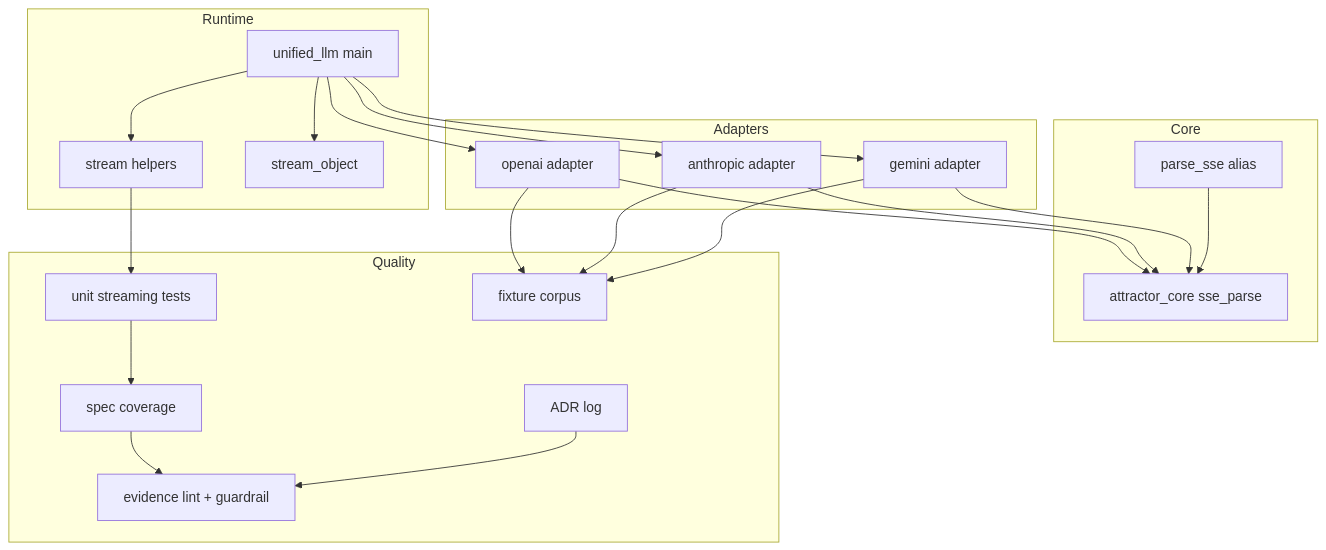
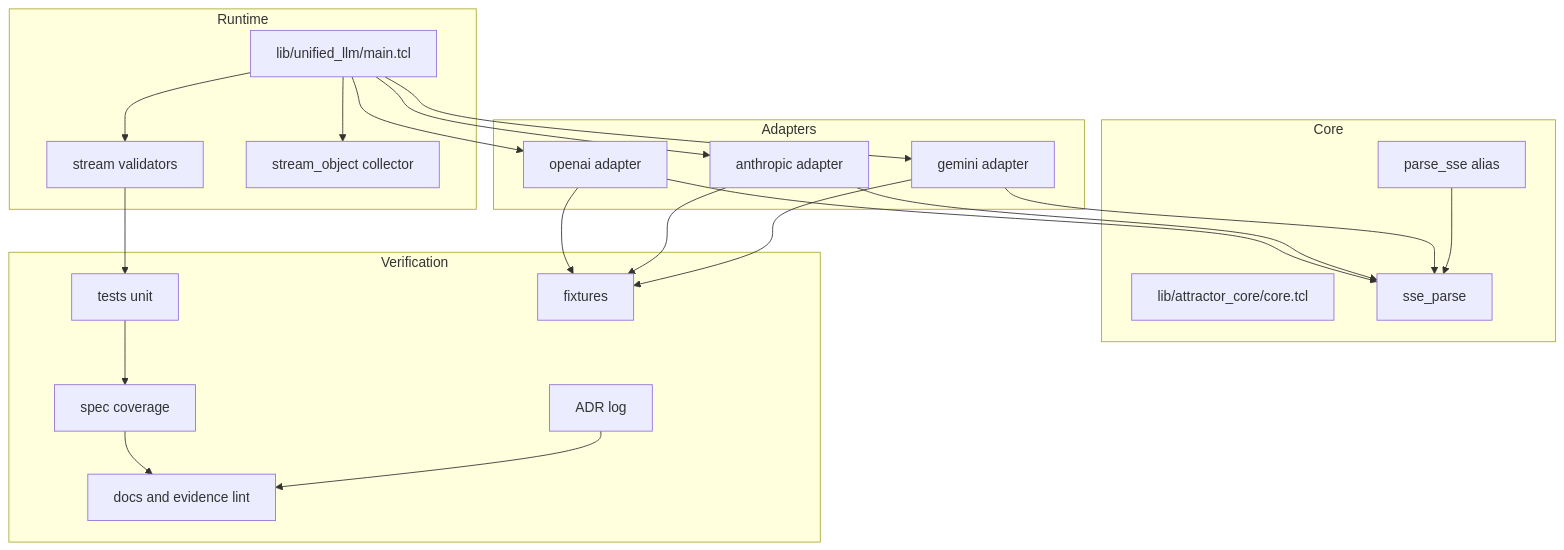
The fifth of 5 diagrams in docs/sprints/SPRINT-005-comprehensive-implementation-plan.md (jaytaylor/attractor-tcl), drawn with Mermaid before and after one commit. The commit also changed other lines of this file, not shown here.

````diff
--- a/docs/sprints/SPRINT-005-comprehensive-implementation-plan.md
+++ b/docs/sprints/SPRINT-005-comprehensive-implementation-plan.md
@@ -1094,44 +938,45 @@
 ```mermaid
 flowchart TB
   subgraph Runtime
-    A1[unified_llm main]
-    A2[stream helpers]
-    A3[stream_object]
+    A1[lib/unified_llm/main.tcl]
+    A2[stream validators]
+    A3[stream_object collector]
   end
 
   subgraph Adapters
     B1[openai adapter]
     B2[anthropic adapter]
     B3[gemini adapter]
   end
 
   subgraph Core
-    C1[attractor_core sse_parse]
-    C2[parse_sse alias]
+    C1[lib/attractor_core/core.tcl]
+    C2[sse_parse]
+    C3[parse_sse alias]
   end
 
-  subgraph Quality
-    D1[unit streaming tests]
-    D2[fixture corpus]
+  subgraph Verification
+    D1[tests unit]
+    D2[fixtures]
     D3[spec coverage]
-    D4[evidence lint + guardrail]
+    D4[docs and evidence lint]
     D5[ADR log]
   end
 
+  A1 --> A2
+  A1 --> A3
   A1 --> B1
   A1 --> B2
   A1 --> B3
-  B1 --> C1
-  B2 --> C1
-  B3 --> C1
-  C2 --> C1
-  A1 --> A2
-  A1 --> A3
+  B1 --> C2
+  B2 --> C2
+  B3 --> C2
+  C3 --> C2
   A2 --> D1
   B1 --> D2
   B2 --> D2
   B3 --> D2
   D1 --> D3
   D3 --> D4
   D5 --> D4
 ```
````
